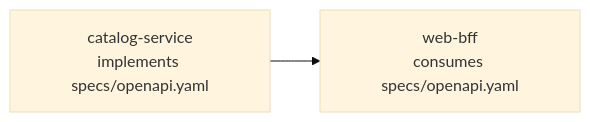
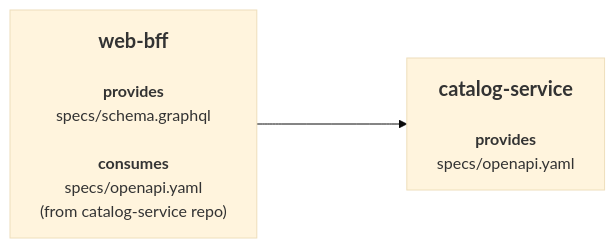
The diagram in docs/contract_driven_development/federated_repositories.mdx (specmatic/docs.specmatic.io), drawn with Mermaid (base theme) before and after one commit. The commit also changed other lines of this file, not shown here.

Commit message:
Refine federated repositories example and flow

````diff
--- a/docs/contract_driven_development/federated_repositories.mdx
+++ b/docs/contract_driven_development/federated_repositories.mdx
@@ -28,4 +21,4 @@
 ```mermaid
 graph LR
-  A["catalog-service<br/>implements specs/openapi.yaml"] --> B["web-bff<br/>consumes specs/openapi.yaml"]
+  A["<span style='font-size:20px'><b>web-bff</b></span><br/><br/><b>provides</b><br/>specs/schema.graphql<br/><br/><b>consumes</b><br/>specs/openapi.yaml<br/>(from catalog-service repo)"] ----> B["<span style='font-size:20px'><b>catalog-service</b></span><br/><br/><b>provides</b><br/>specs/openapi.yaml"]
 ```
````
